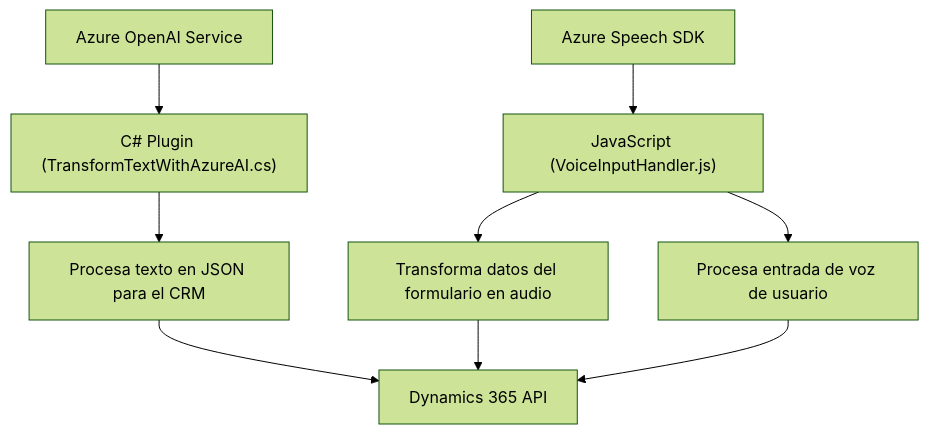
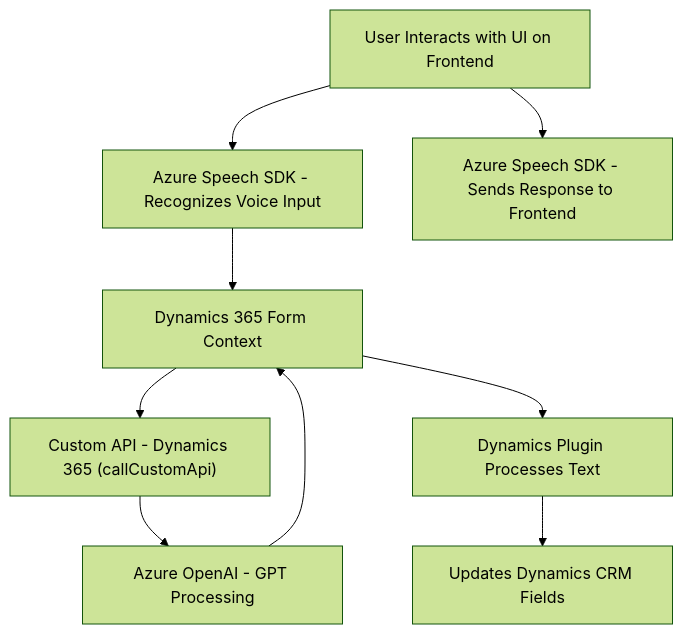
The diagram in README.md (blopezdm/NETCORE_BILBAO2025), drawn with Mermaid (forest theme) before and after one commit. The commit also changed other lines of this file, not shown here.

````diff
--- a/README.md
+++ b/README.md
@@ -30,11 +33,20 @@
 ```mermaid
 graph TD
-  A["Azure Speech SDK"] --> B["JavaScript (VoiceInputHandler.js)"]
-  B --> C["Procesa entrada de voz de usuario"]
-  B --> D["Transforma datos del formulario en audio"]
-  E["Azure OpenAI Service"] --> F["C# Plugin (TransformTextWithAzureAI.cs)"]
-  F --> G["Procesa texto en JSON para el CRM"]
-  G --> H["Dynamics 365 API"]
-  D --> H
-  C --> H
+    A["User Interacts with UI on Frontend"]
+    B["Azure Speech SDK - Recognizes Voice Input"]
+    C["Dynamics 365 Form Context"]
+    D["Custom API - Dynamics 365 (callCustomApi)"]
+    E["Azure OpenAI - GPT Processing"]
+    F["Azure Speech SDK - Sends Response to Frontend"]
+    G["Dynamics Plugin Processes Text"]
+    H["Updates Dynamics CRM Fields"]
+
+    A --> B
+    B --> C
+    C --> D
+    D --> E
+    E --> C
+    C --> G
+    G --> H
+    A --> F
 ```
````
